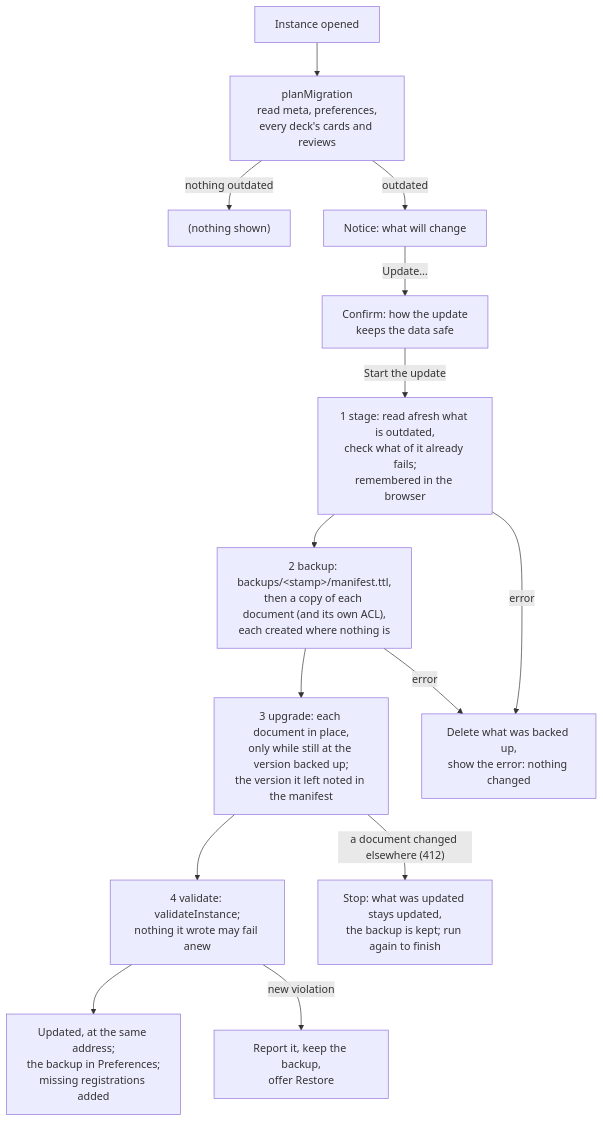
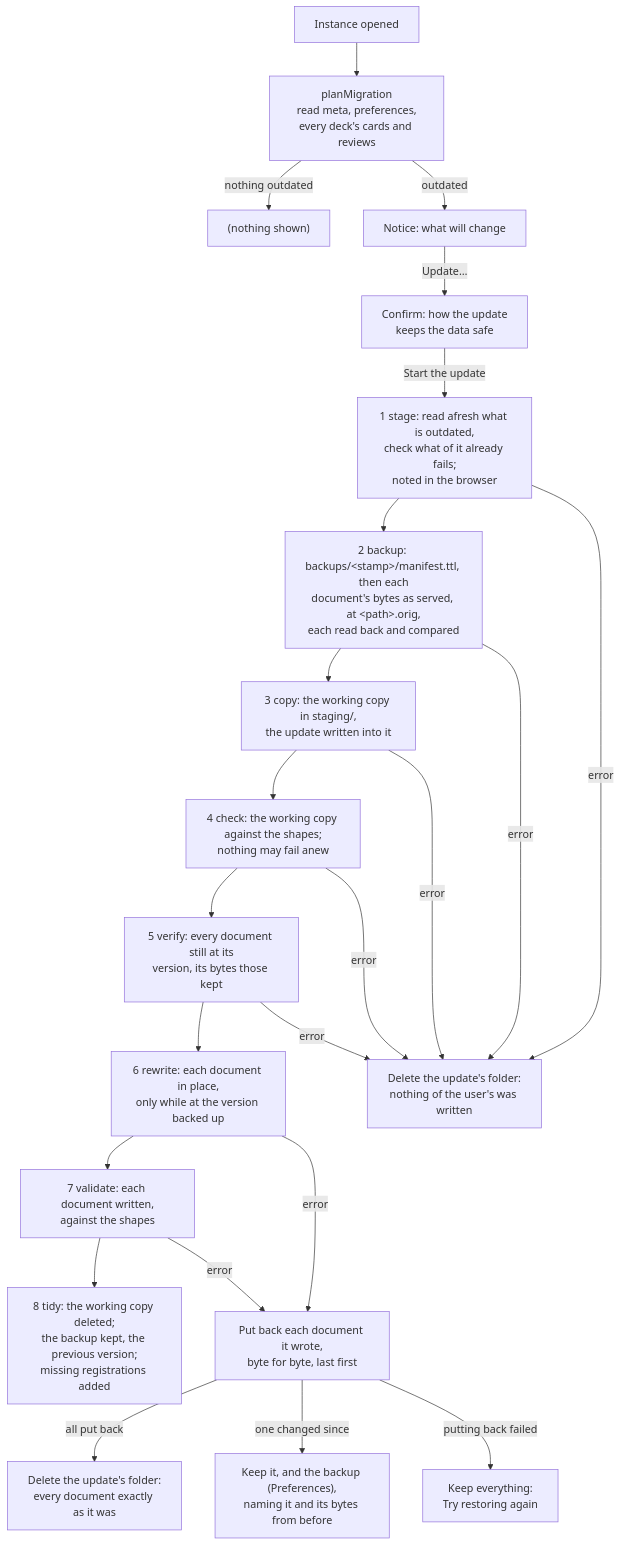
The second of 3 diagrams in docs/migrations.md (solid-memo/website), drawn with Mermaid before and after one commit. The commit also changed other lines of this file and 57 other files, not shown here.

First line of the commit message:
Keep every document byte for byte when an upgrade fails

````diff
--- a/docs/migrations.md
+++ b/docs/migrations.md
@@ -293,15 +299,20 @@
 ```mermaid
 flowchart TD
     open["Instance opened"] --> plan["planMigration<br/>read meta, preferences,<br/>every deck's cards and reviews"]
     plan -->|nothing outdated| quiet["(nothing shown)"]
     plan -->|outdated| notice["Notice: what will change"]
     notice -->|Update…| confirm["Confirm: how the update<br/>keeps the data safe"]
-    confirm -->|Start the update| stage["1 stage: read afresh what is outdated,<br/>check what of it already fails;<br/>remembered in the browser"]
-    stage --> backup["2 backup: backups/&lt;stamp&gt;/manifest.ttl,<br/>then a copy of each document (and its own ACL),<br/>each created where nothing is"]
-    backup --> upgrade["3 upgrade: each document in place,<br/>only while still at the version backed up;<br/>the version it left noted in the manifest"]
-    upgrade --> validate["4 validate: validateInstance;<br/>nothing it wrote may fail anew"]
-    validate --> done["Updated, at the same address;<br/>the backup in Preferences;<br/>missing registrations added"]
-    stage & backup -->|error| clean["Delete what was backed up,<br/>show the error: nothing changed"]
-    upgrade -->|"a document changed elsewhere (412)"| partly["Stop: what was updated stays updated,<br/>the backup is kept; run again to finish"]
-    validate -->|new violation| offer["Report it, keep the backup,<br/>offer Restore"]
+    confirm -->|Start the update| stage["1 stage: read afresh what is outdated,<br/>check what of it already fails;<br/>noted in the browser"]
+    stage --> backup["2 backup: backups/&lt;stamp&gt;/manifest.ttl, then each<br/>document's bytes as served, at &lt;path&gt;.orig,<br/>each read back and compared"]
+    backup --> copy["3 copy: the working copy in staging/,<br/>the update written into it"]
+    copy --> check["4 check: the working copy against the shapes;<br/>nothing may fail anew"]
+    check --> verify["5 verify: every document still at its<br/>version, its bytes those kept"]
+    verify --> rewrite["6 rewrite: each document in place,<br/>only while at the version backed up"]
+    rewrite --> validate["7 validate: each document written,<br/>against the shapes"]
+    validate --> tidy["8 tidy: the working copy deleted;<br/>the backup kept, the previous version;<br/>missing registrations added"]
+    stage & backup & copy & check & verify -->|error| clean["Delete the update's folder:<br/>nothing of the user's was written"]
+    rewrite & validate -->|error| undo["Put back each document it wrote,<br/>byte for byte, last first"]
+    undo -->|all put back| gone["Delete the update's folder:<br/>every document exactly as it was"]
+    undo -->|one changed since| kept["Keep it, and the backup (Preferences),<br/>naming it and its bytes from before"]
+    undo -->|putting back failed| again["Keep everything:<br/>Try restoring again"]
 ```
````
